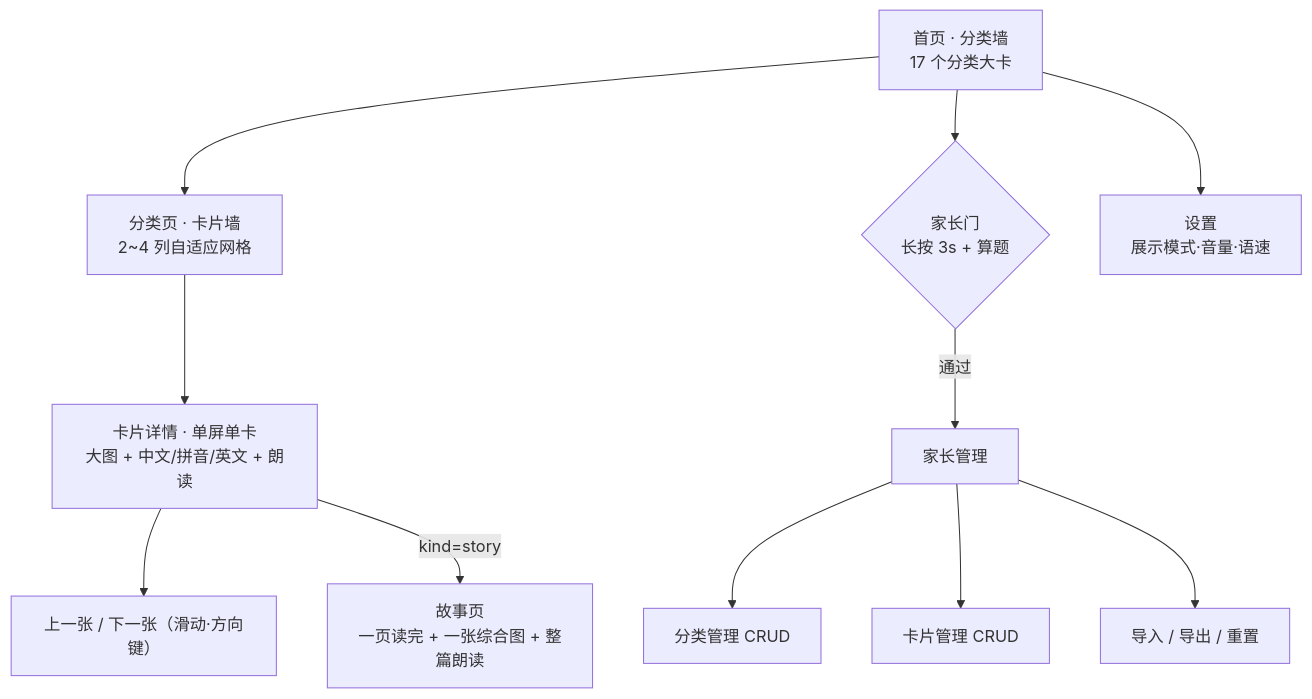
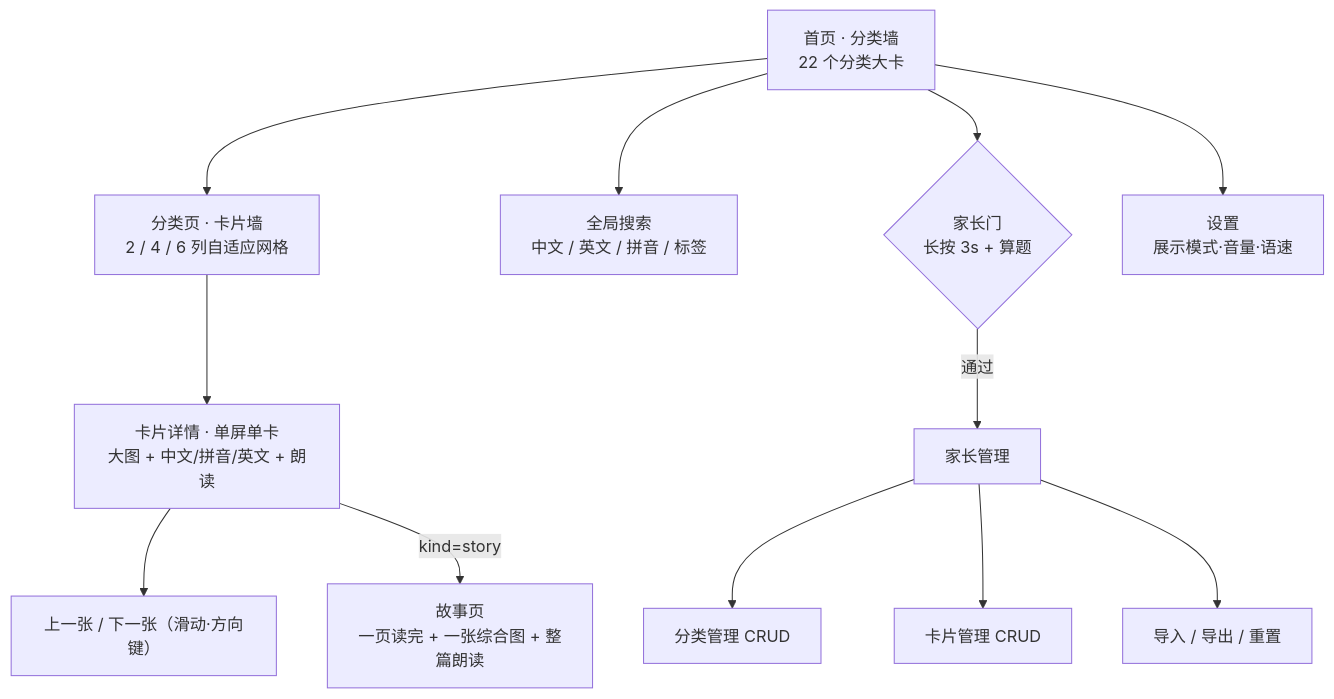
The diagram in FR/README.md (yanghaiji/early-learn), drawn with Mermaid before and after one commit. The commit also changed other lines of this file and 33 other files, not shown here.

````diff
--- a/FR/README.md
+++ b/FR/README.md
@@ -50,13 +50,14 @@
 ```mermaid
 graph TD
-    Home["首页 · 分类墙<br/>17 个分类大卡"] --> Cat["分类页 · 卡片墙<br/>2~4 列自适应网格"]
+    Home["首页 · 分类墙<br/>22 个分类大卡"] --> Cat["分类页 · 卡片墙<br/>2 / 4 / 6 列自适应网格"]
     Cat --> Detail["卡片详情 · 单屏单卡<br/>大图 + 中文/拼音/英文 + 朗读"]
     Detail --> Nav["上一张 / 下一张（滑动·方向键）"]
     Detail -->|kind=story| Story["故事页<br/>一页读完 + 一张综合图 + 整篇朗读"]
+    Home --> Search["全局搜索<br/>中文 / 英文 / 拼音 / 标签"]
     Home --> Gate{"家长门<br/>长按 3s + 算题"}
     Gate -->|通过| Admin["家长管理"]
     Admin --> CatM["分类管理 CRUD"]
     Admin --> CardM["卡片管理 CRUD"]
     Admin --> DataM["导入 / 导出 / 重置"]
     Home --> Set["设置<br/>展示模式·音量·语速"]
 ```
````
